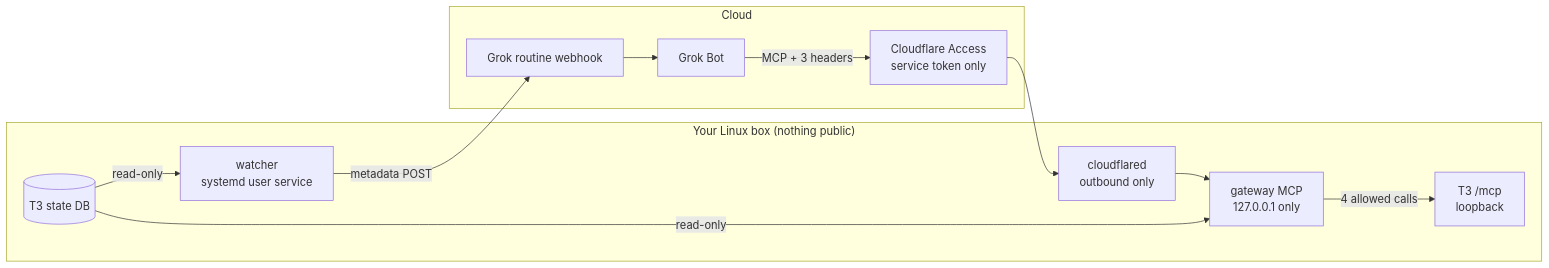
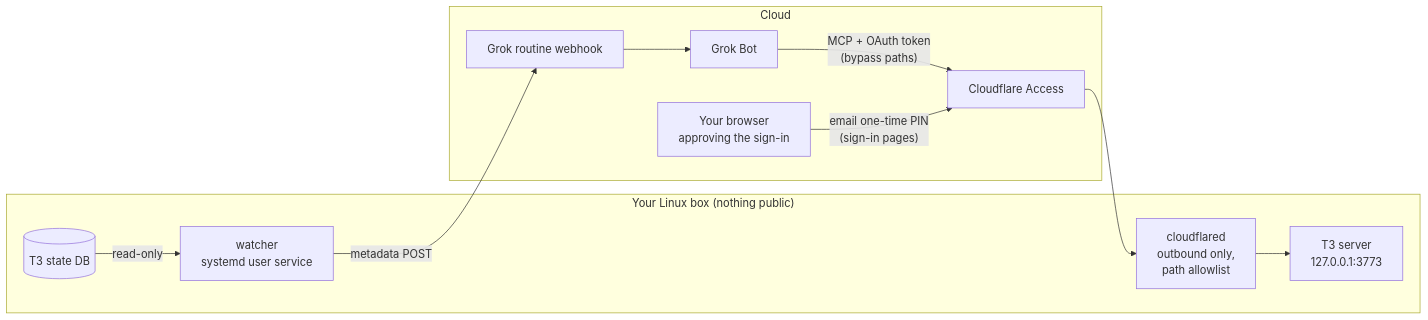
The diagram in README.md (nsoliven/grok-bot-setup), drawn with Mermaid before and after one commit. The commit also changed other lines of this file and 28 other files, not shown here.

First line of the commit message:
Answer through T3's own MCP over the Cloudflare tunnel; drop the gateway

````diff
--- a/README.md
+++ b/README.md
@@ -16,20 +16,19 @@
 ```mermaid
 flowchart LR
   subgraph box["Your Linux box (nothing public)"]
     t3[(T3 state DB)]
     w[watcher<br/>systemd user service]
-    g[gateway MCP<br/>127.0.0.1 only]
-    t3mcp[T3 /mcp<br/>loopback]
-    cfd[cloudflared<br/>outbound only]
+    t3mcp[T3 server<br/>127.0.0.1:3773]
+    cfd[cloudflared<br/>outbound only,<br/>path allowlist]
   end
   subgraph cloud["Cloud"]
     hook[Grok routine webhook]
-    access[Cloudflare Access<br/>service token only]
     grok[Grok Bot]
+    access[Cloudflare Access]
+    you[Your browser<br/>approving the sign-in]
   end
   t3 -- read-only --> w
   w -- "metadata POST" --> hook --> grok
-  grok -- "MCP + 3 headers" --> access --> cfd --> g
-  g -- "4 allowed calls" --> t3mcp
-  t3 -- read-only --> g
+  grok -- "MCP + OAuth token<br/>(bypass paths)" --> access --> cfd --> t3mcp
+  you -- "email one-time PIN<br/>(sign-in pages)" --> access
 ```
````
